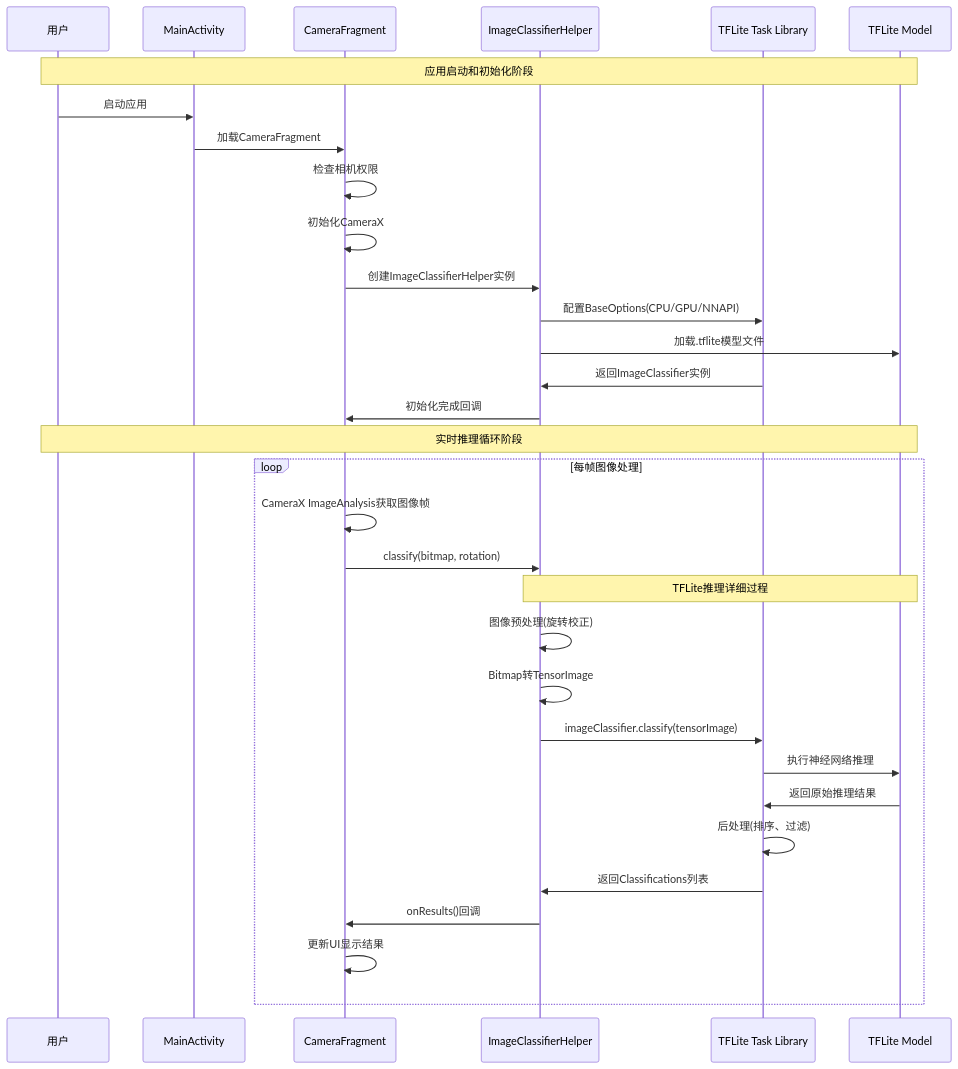
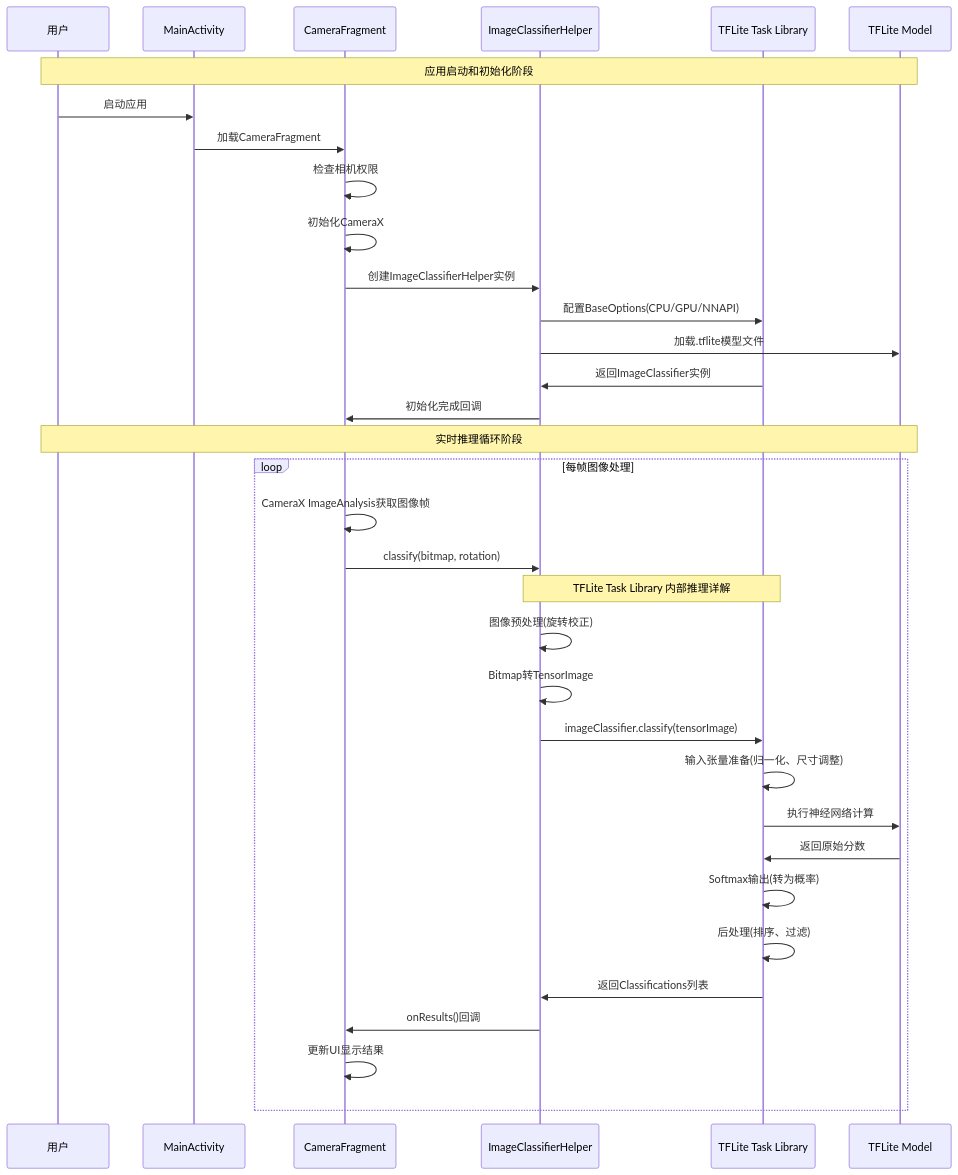
Before and after one commit to FlippedHalf/tfliteexamples: the second of 4 diagrams in lite/examples/image_classification/android_java/readme-intro.md, drawn with Mermaid. The commit also changed other lines of this file and 4 other files, not shown here.

````diff
--- a/lite/examples/image_classification/android_java/readme-intro.md
+++ b/lite/examples/image_classification/android_java/readme-intro.md
@@ -109,38 +109,40 @@
 ```mermaid
 sequenceDiagram
     participant User as 用户
     participant MA as MainActivity
     participant CF as CameraFragment
     participant ICH as ImageClassifierHelper
     participant TFL as TFLite Task Library
     participant Model as TFLite Model
     
     Note over User,Model: 应用启动和初始化阶段
     User->>MA: 启动应用
     MA->>CF: 加载CameraFragment
     CF->>CF: 检查相机权限
     CF->>CF: 初始化CameraX
     CF->>ICH: 创建ImageClassifierHelper实例
     ICH->>TFL: 配置BaseOptions(CPU/GPU/NNAPI)
     ICH->>Model: 加载.tflite模型文件
     TFL->>ICH: 返回ImageClassifier实例
     ICH->>CF: 初始化完成回调
     
     Note over User,Model: 实时推理循环阶段
     loop 每帧图像处理
         CF->>CF: CameraX ImageAnalysis获取图像帧
         CF->>ICH: classify(bitmap, rotation)
         
-        Note over ICH,Model: TFLite推理详细过程
+        Note over ICH,TFL: TFLite Task Library 内部推理详解
         ICH->>ICH: 图像预处理(旋转校正)
         ICH->>ICH: Bitmap转TensorImage
         ICH->>TFL: imageClassifier.classify(tensorImage)
-        TFL->>Model: 执行神经网络推理
-        Model->>TFL: 返回原始推理结果
+        TFL->>TFL: 输入张量准备(归一化、尺寸调整)
+        TFL->>Model: 执行神经网络计算
+        Model->>TFL: 返回原始分数
+        TFL->>TFL: Softmax输出(转为概率)
         TFL->>TFL: 后处理(排序、过滤)
         TFL->>ICH: 返回Classifications列表
         
         ICH->>CF: onResults()回调
         CF->>CF: 更新UI显示结果
     end
 ```
````
